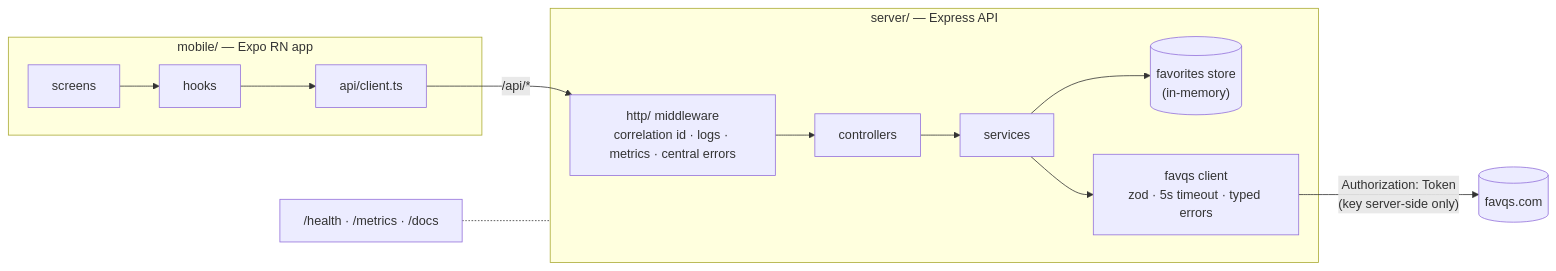
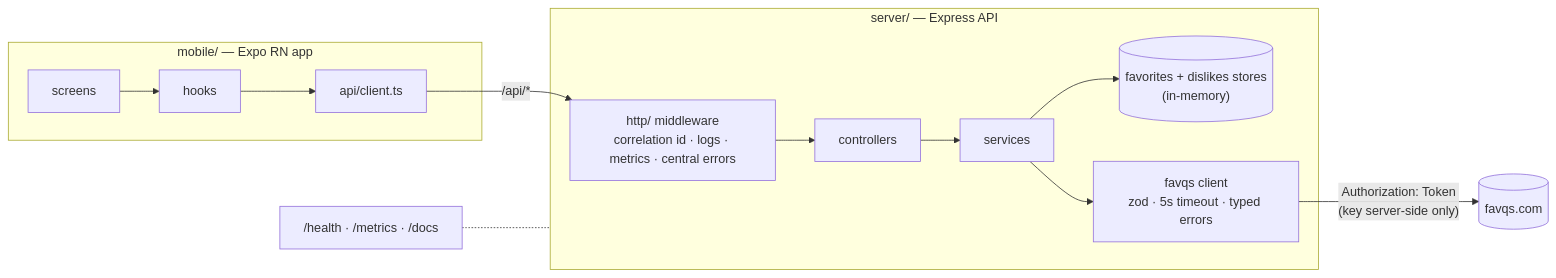
Before and after one commit to MHMALEK/vodafone-ziggo-favorite-quotes: the diagram in README.md, drawn with Mermaid. The commit also changed other lines of this file, not shown here.

````diff
--- a/README.md
+++ b/README.md
@@ -7,15 +55,15 @@
 ```mermaid
 flowchart LR
   subgraph app ["mobile/ — Expo RN app"]
     SC[screens] --> HK[hooks] --> AC["api/client.ts"]
   end
   subgraph api ["server/ — Express API"]
     MW["http/ middleware<br/>correlation id · logs · metrics · central errors"] --> CT[controllers]
     CT --> SV[services]
-    SV --> ST[("favorites store<br/>(in-memory)")]
+    SV --> ST[("favorites + dislikes stores<br/>(in-memory)")]
     SV --> FC["favqs client<br/>zod · 5s timeout · typed errors"]
   end
   AC -- "/api/*" --> MW
   FC -- "Authorization: Token<br/>(key server-side only)" --> FQ[("favqs.com")]
   OPS["/health · /metrics · /docs"] -.- api
 ```
````
